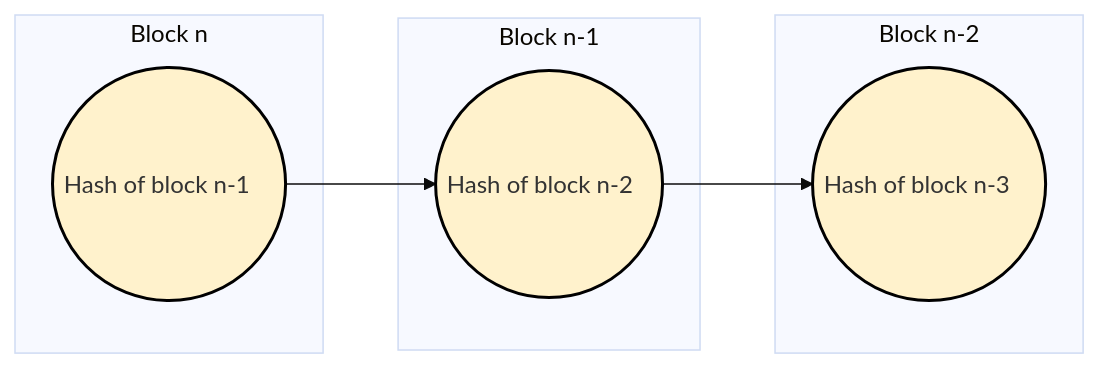
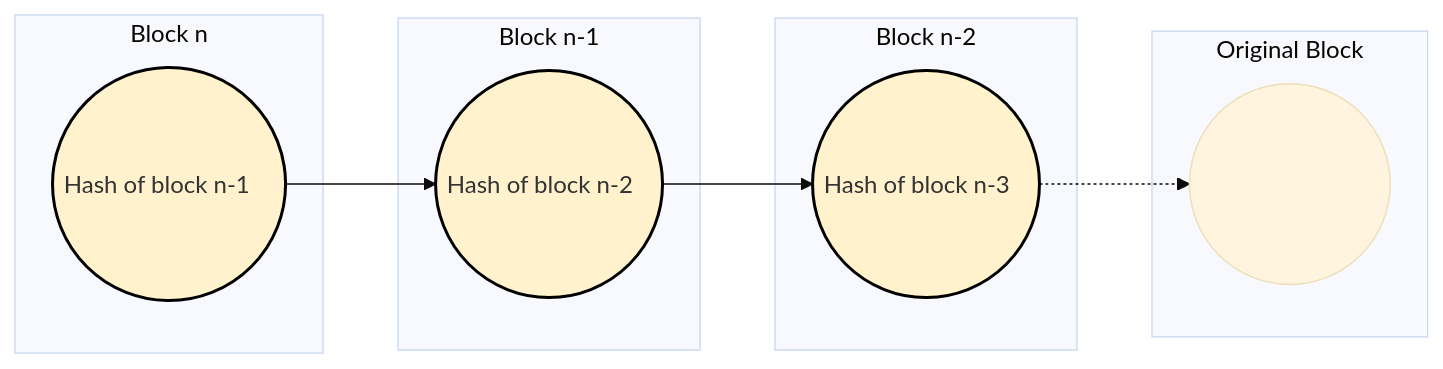
One commit to rebeccapeltz/blockchain-learning changed the diagram in docs/Blockchain Overview/2-blockchain-data-structure.md. Above: the diagram before and after it, drawn with Mermaid (base theme). The commit also changed other lines of this file and 14 other files, not shown here.

````diff
--- a/docs/Blockchain Overview/2-blockchain-data-structure.md
+++ b/docs/Blockchain Overview/2-blockchain-data-structure.md
@@ -9,20 +9,26 @@
 ```mermaid
 graph LR
 
   A((Hash of block n-1 &nbsp;&nbsp;&nbsp;)) --> B((Hash of block n &nbsp;))
   B((Hash of block n-2 &nbsp;&nbsp;))--> C((Hash of block n-3 &nbsp;&nbsp;&nbsp;))
+  C((Hash of block n-3 &nbsp;&nbsp;))-.-> D(( &nbsp; &nbsp; &nbsp; &nbsp; &nbsp; &nbsp; &nbsp; &nbsp; &nbsp; &nbsp; &nbsp; &nbsp; &nbsp; &nbsp; &nbsp;))
+
+  subgraph Original Block
+  D
+  end
+
   subgraph Block n-2
   C
   end
 
   subgraph Block n-1
   B
   end
 
   subgraph Block n
   A
   end
 
   classDef block fill:#fff2cc,stroke:#000000,stroke-width:2px
   class A,B,C block
 ```
````
